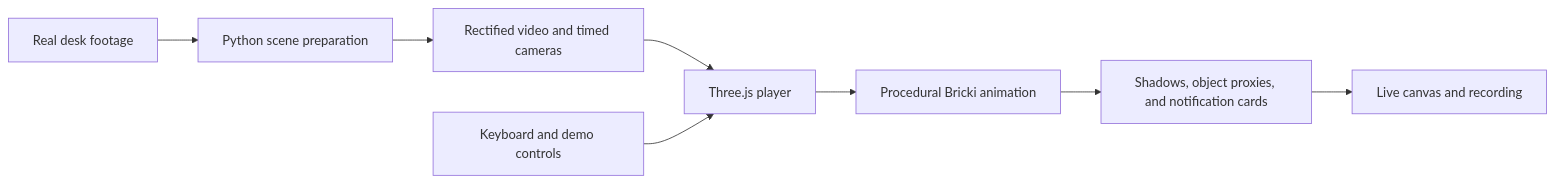
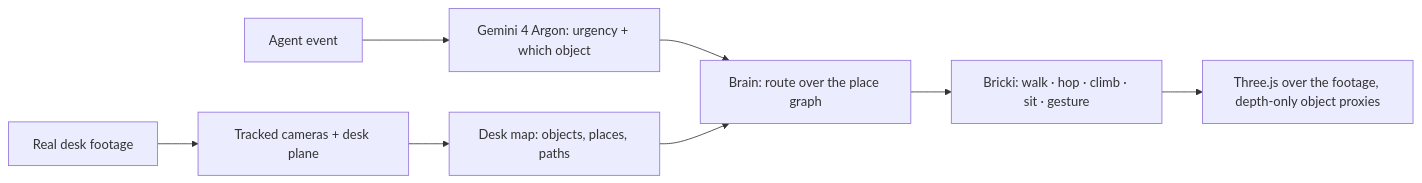
One commit to Anemptyship/desk-buddy changed the diagram in README.md. Above: the diagram before and after it, drawn with Mermaid. The commit also changed other lines of this file and 10 other files, not shown here.

First line of the commit message:
Tethered notification cards, Argon desk perception, film tooling

````diff
--- a/README.md
+++ b/README.md
@@ -76,10 +76,10 @@
 ```mermaid
 flowchart LR
-    A[Real desk footage] --> B[Python scene preparation]
-    B --> C[Rectified video and timed cameras]
-    C --> D[Three.js player]
-    E[Keyboard and demo controls] --> D
-    D --> F[Procedural Bricki animation]
-    F --> G[Shadows, object proxies, and notification cards]
-    G --> H[Live canvas and recording]
+    A[Real desk footage] --> B[Tracked cameras + desk plane]
+    B --> C[Desk map: objects, places, paths]
+    E[Agent event] --> F[Gemini 4 Argon: urgency + which object]
+    F --> G[Brain: route over the place graph]
+    C --> G
+    G --> H[Bricki: walk · hop · climb · sit · gesture]
+    H --> I[Three.js over the footage, depth-only object proxies]
 ```
````
